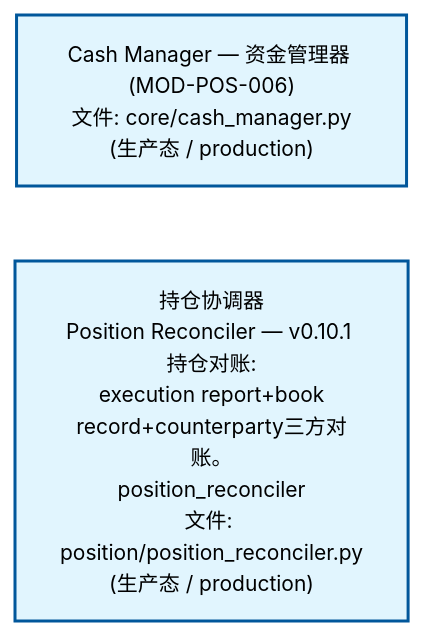
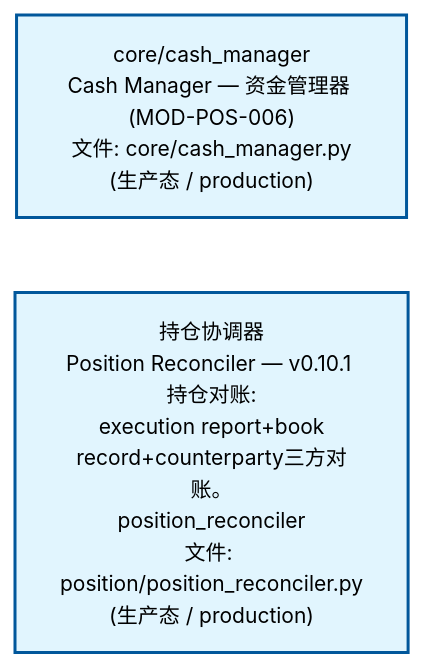
One commit to xuanFelixVan/ZephyrAlpha changed the second of 4 diagrams in docs/02_enterprise_architecture/02_domain_architecture_docs/64_d_position.md. Above: the diagram before and after it, drawn with Mermaid. The commit also changed other lines of this file and 61 other files, not shown here.

````diff
--- a/docs/02_enterprise_architecture/02_domain_architecture_docs/64_d_position.md
+++ b/docs/02_enterprise_architecture/02_domain_architecture_docs/64_d_position.md
@@ -108,12 +108,12 @@
 ```mermaid
 %%{init: {'theme': 'base', 'themeVariables': {'primaryColor': '#eaeaea', 'primaryTextColor': '#333333', 'primaryBorderColor': '#666666', 'lineColor': '#666666', 'secondaryColor': '#eaeaea', 'tertiaryColor': '#eaeaea', 'fontSize': '14px'}}}%%
 flowchart TD
-    src_zephyr_position_core_cash_manager_py["Cash Manager — 资金管理器 (MOD-POS-006)<br/>文件: core/cash_manager.py<br/>(生产态 / production)"]
+    src_zephyr_position_core_cash_manager_py["core/cash_manager<br/>Cash Manager — 资金管理器 (MOD-POS-006)<br/>文件: core/cash_manager.py<br/>(生产态 / production)"]
     src_zephyr_position_position_reconciler_py["持仓协调器<br/>Position Reconciler — v0.10.1 持仓对账:<br/>execution report+book<br/>record+counterparty三方对账。<br/>position_reconciler<br/>文件: position/position_reconciler.py<br/>(生产态 / production)"]
     src_zephyr_position_core_cash_manager_py ~~~ src_zephyr_position_position_reconciler_py
     classDef production fill:#e1f5fe,stroke:#01579b,stroke-width:2px,color:#000
     classDef design fill:#fff3e0,stroke:#e65100,stroke-width:2px,color:#000,stroke-dasharray: 5 5
     classDef external_prod fill:#e8f4fd,stroke:#0277bd,stroke-width:1px,color:#000
     classDef external_design fill:#fff8e7,stroke:#ef6c00,stroke-width:1px,color:#000,stroke-dasharray: 5 5
     class src_zephyr_position_core_cash_manager_py,src_zephyr_position_position_reconciler_py production
 ```
````
